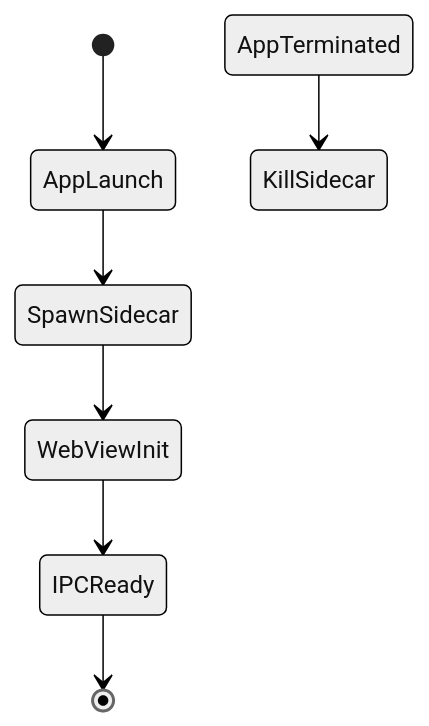
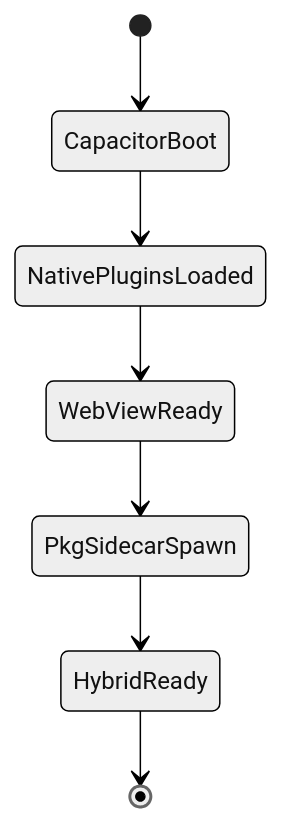
Before and after one commit to Jacobinwwey/NoteConnection: the third of 7 diagrams in docs/en/fixrisk_TODO.md, drawn with Mermaid (neutral theme). The commit also changed other lines of this file and 5 other files, not shown here.

````diff
--- a/docs/en/fixrisk_TODO.md
+++ b/docs/en/fixrisk_TODO.md
@@ -117,9 +84,9 @@
 ```mermaid
 stateDiagram-v2
-    [*] --> AppLaunch
-    AppLaunch --> SpawnSidecar
-    SpawnSidecar --> WebViewInit
-    WebViewInit --> IPCReady
-    IPCReady --> [*]
-    AppTerminated --> KillSidecar
+    [*] --> CapacitorBoot
+    CapacitorBoot --> NativePluginsLoaded
+    NativePluginsLoaded --> WebViewReady
+    WebViewReady --> PkgSidecarSpawn
+    PkgSidecarSpawn --> HybridReady
+    HybridReady --> [*]
 ```
````
